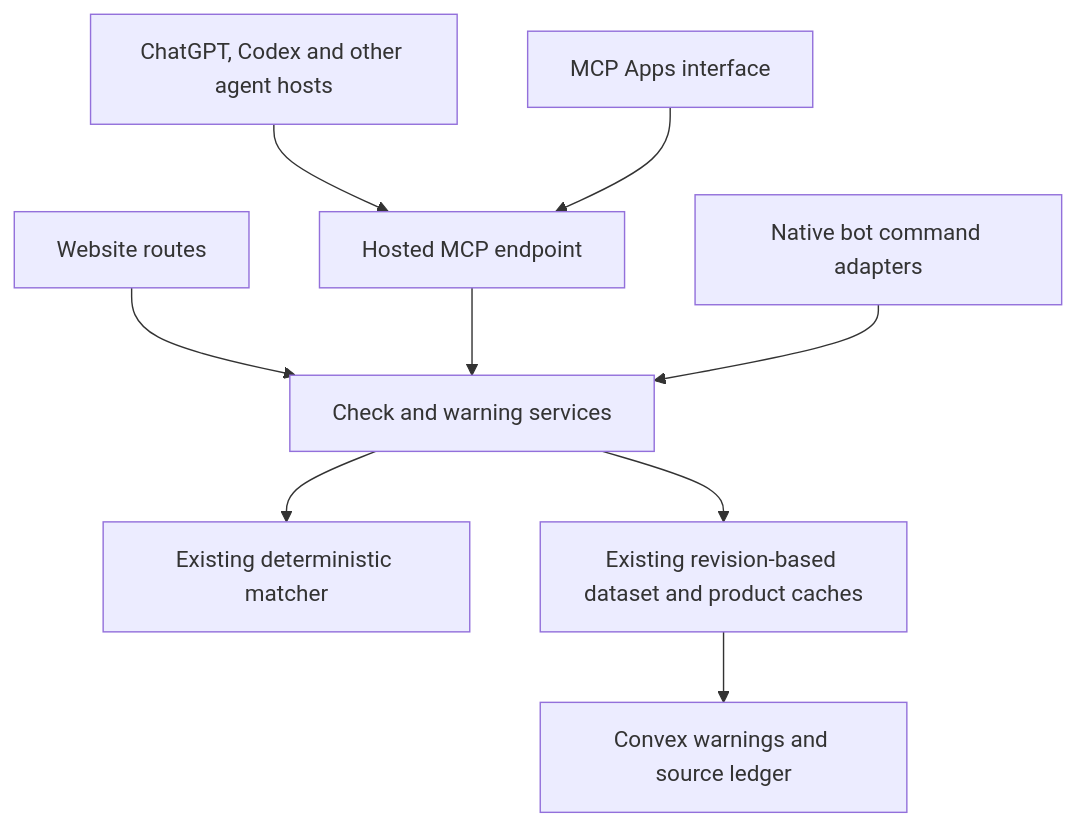
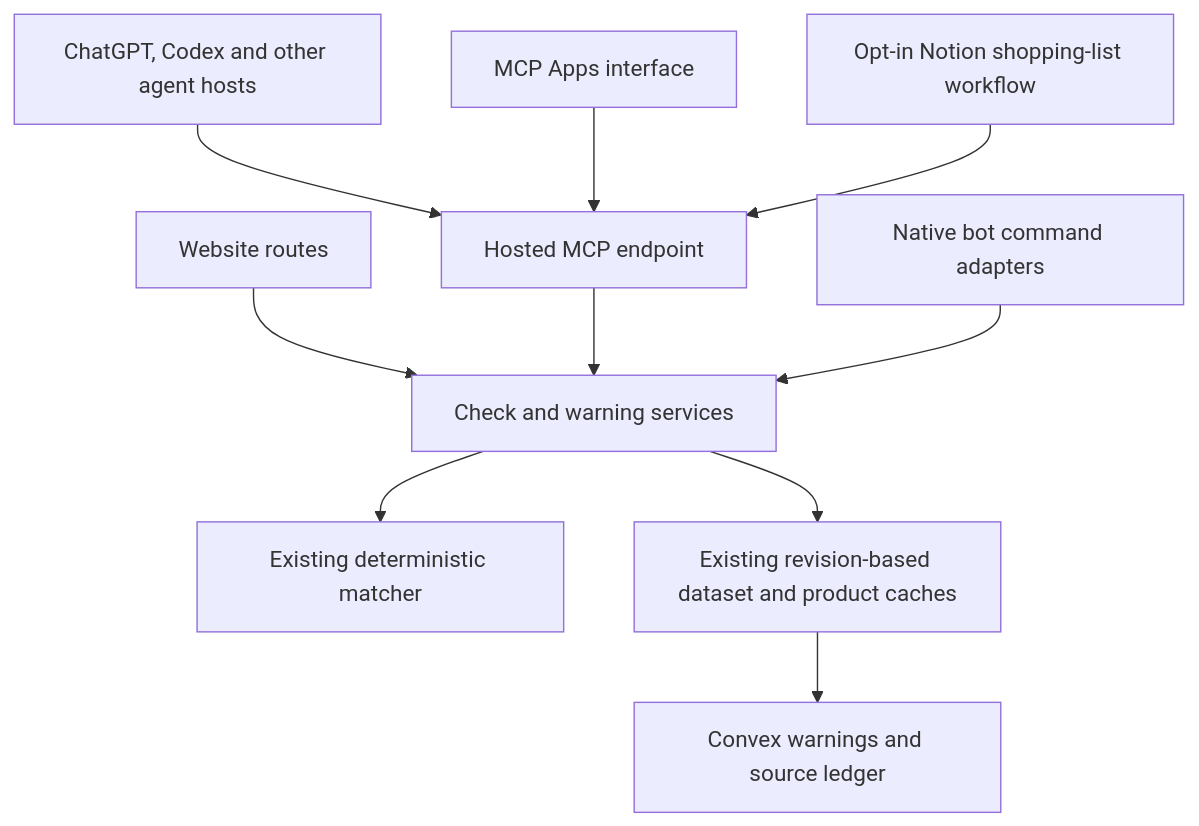
The diagram in docs/plugin-integration-plan.md (anthonyhumphreys/eat-or-yeet), drawn with Mermaid before and after one commit. The commit also changed other lines of this file, not shown here.

Commit message:
docs: add Notion shopping-list recall nudges

````diff
--- a/docs/plugin-integration-plan.md
+++ b/docs/plugin-integration-plan.md
@@ -42,11 +43,12 @@
 ```mermaid
 flowchart TD
     Website[Website routes] --> Services[Check and warning services]
     Agents[ChatGPT, Codex and other agent hosts] --> MCP[Hosted MCP endpoint]
     MCP --> Services
     ChatUI[MCP Apps interface] --> MCP
+    Notion[Opt-in Notion shopping-list workflow] --> MCP
     Bots[Native bot command adapters] --> Services
     Services --> Matcher[Existing deterministic matcher]
     Services --> Cache[Existing revision-based dataset and product caches]
     Cache --> Convex[Convex warnings and source ledger]
 ```
````
